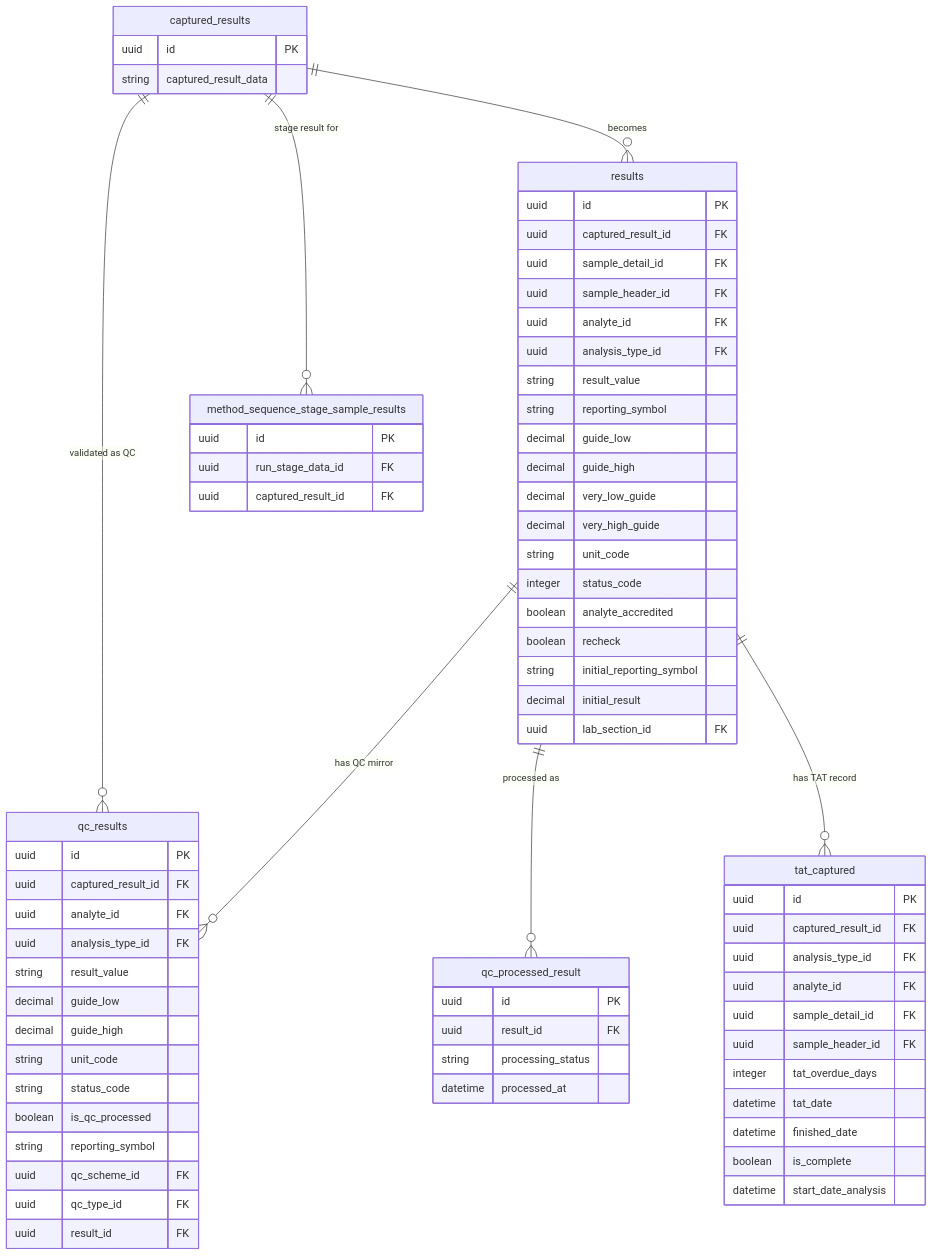
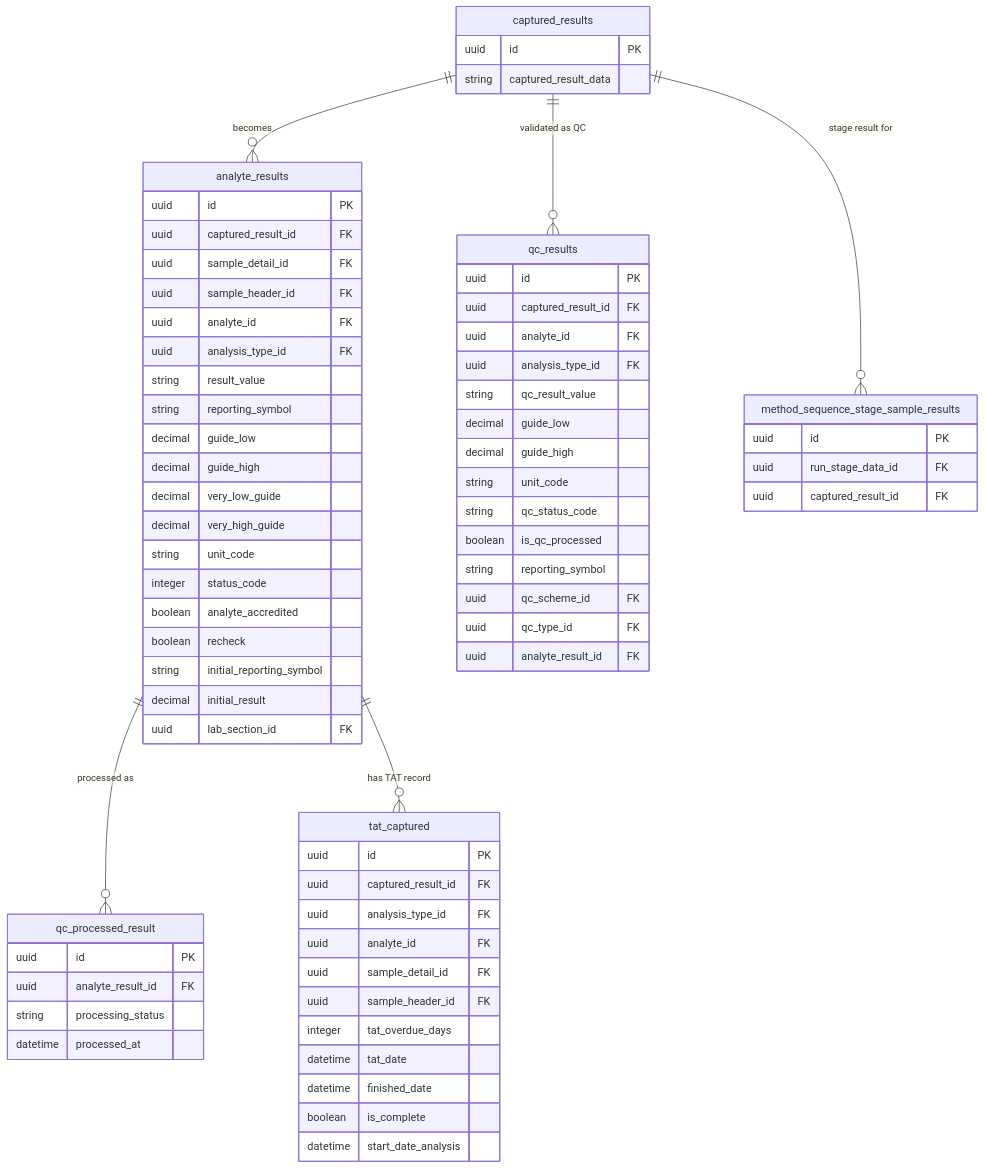
The tenth of 25 diagrams in docs/database-erd.md (ErnestKamau/shh), drawn with Mermaid before and after one commit. The commit also changed other lines of this file, not shown here.

````diff
--- a/docs/database-erd.md
+++ b/docs/database-erd.md
@@ -1457,80 +1457,79 @@
 ```mermaid
 erDiagram
     captured_results {
         uuid id PK
         string captured_result_data
     }
 
-    results {
+    analyte_results {
         uuid id PK
         uuid captured_result_id FK
         uuid sample_detail_id FK
         uuid sample_header_id FK
         uuid analyte_id FK
         uuid analysis_type_id FK
         string result_value
         string reporting_symbol
         decimal guide_low
         decimal guide_high
         decimal very_low_guide
         decimal very_high_guide
         string unit_code
         integer status_code
         boolean analyte_accredited
         boolean recheck
         string initial_reporting_symbol
         decimal initial_result
         uuid lab_section_id FK
     }
 
     qc_results {
         uuid id PK
         uuid captured_result_id FK
         uuid analyte_id FK
         uuid analysis_type_id FK
-        string result_value
+        string qc_result_value
         decimal guide_low
         decimal guide_high
         string unit_code
-        string status_code
+        string qc_status_code
         boolean is_qc_processed
         string reporting_symbol
         uuid qc_scheme_id FK
         uuid qc_type_id FK
-        uuid result_id FK
+        uuid analyte_result_id FK
     }
 
     qc_processed_result {
         uuid id PK
-        uuid result_id FK
+        uuid analyte_result_id FK
         string processing_status
         datetime processed_at
     }
 
     tat_captured {
         uuid id PK
         uuid captured_result_id FK
         uuid analysis_type_id FK
         uuid analyte_id FK
         uuid sample_detail_id FK
         uuid sample_header_id FK
         integer tat_overdue_days
         datetime tat_date
         datetime finished_date
         boolean is_complete
         datetime start_date_analysis
     }
 
     method_sequence_stage_sample_results {
         uuid id PK
         uuid run_stage_data_id FK
         uuid captured_result_id FK
     }
 
-    captured_results ||--o{ results : "becomes"
+    captured_results ||--o{ analyte_results : "becomes"
     captured_results ||--o{ qc_results : "validated as QC"
     captured_results ||--o{ method_sequence_stage_sample_results : "stage result for"
-    results ||--o{ qc_results : "has QC mirror"
-    results ||--o{ qc_processed_result : "processed as"
-    results ||--o{ tat_captured : "has TAT record"
+    analyte_results ||--o{ qc_processed_result : "processed as"
+    analyte_results ||--o{ tat_captured : "has TAT record"
 ```
````
